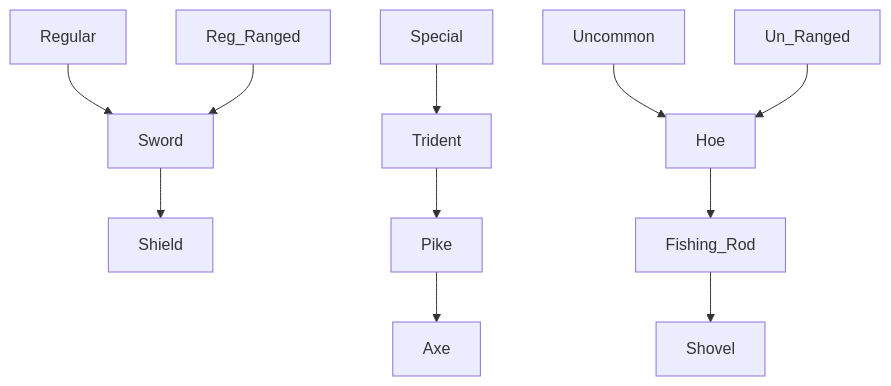
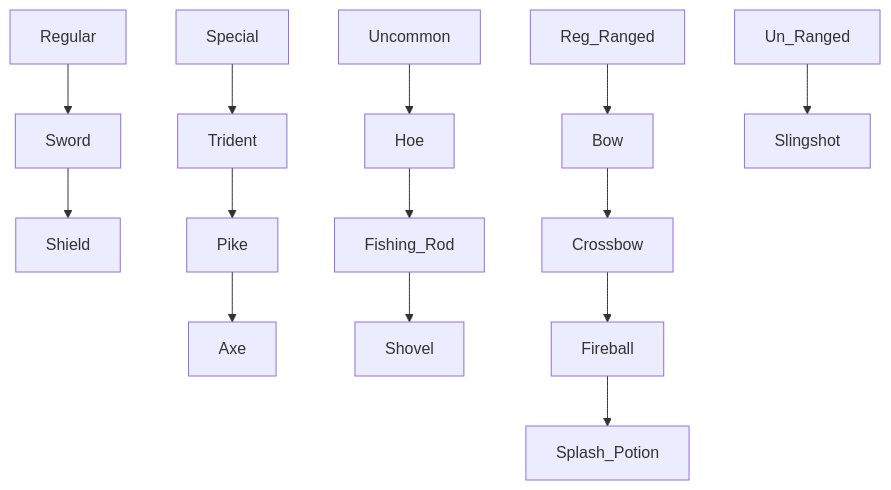
One commit to ColziandKing/RSCUniverse changed the diagram in Production☪️.md. Above: the diagram before and after it, drawn with Mermaid.

````diff
--- a/Production☪️.md
+++ b/Production☪️.md
@@ -17,13 +17,16 @@
 ```mermaid
 graph TD;
     Regular-->Sword;
     Sword-->Shield;
     Special-->Trident;
     Trident-->Pike;
     Pike-->Axe;
     Uncommon-->Hoe;
     Hoe-->Fishing_Rod;
     Fishing_Rod-->Shovel;
-    Reg_Ranged-->Sword;
-    Un_Ranged-->Hoe;
+    Reg_Ranged-->Bow;
+    Bow-->Crossbow;
+    Crossbow-->Fireball;
+    Fireball-->Splash_Potion;
+    Un_Ranged-->Slingshot;
 ```
````
